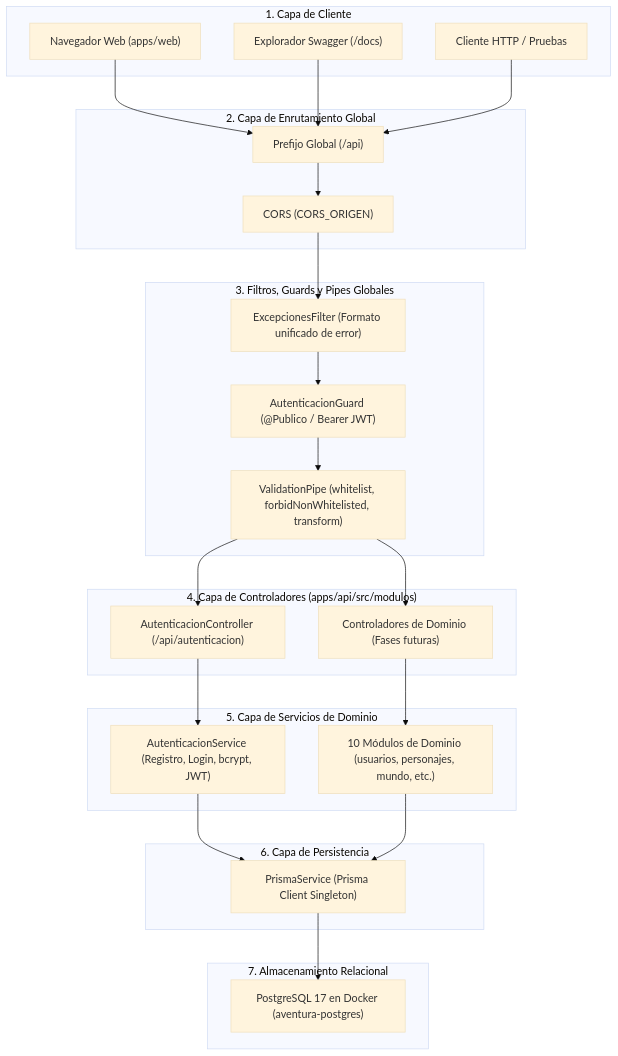
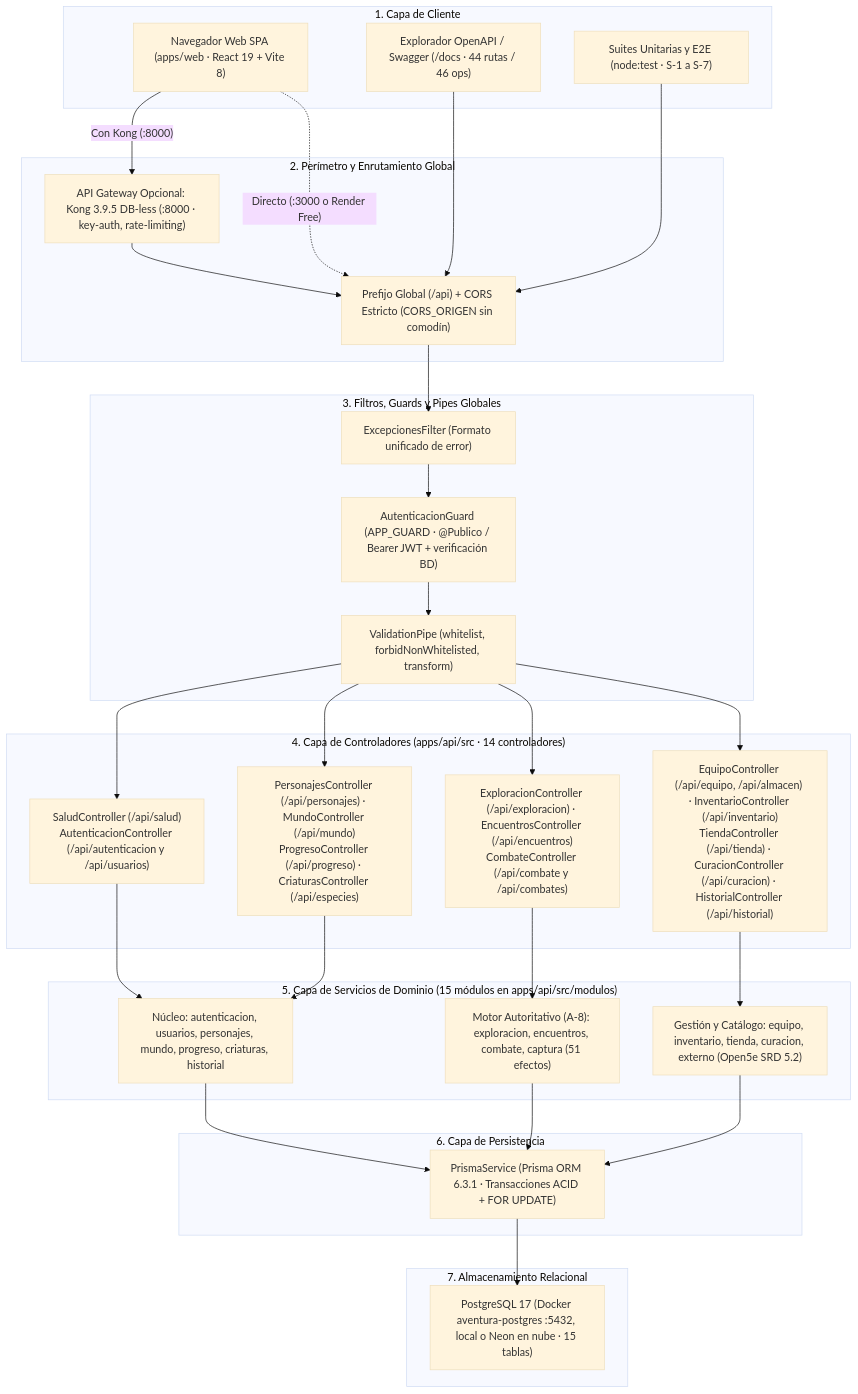
One commit to EduardoVal3/aethelgard changed the diagram in docs/diagramas/arquitectura-capas.mmd. Above: the diagram before and after it, drawn with Mermaid (base theme). The commit also changed 1 other file, not shown here.

Commit message:
documentacion(arquitectura): actualiza diagrama de arquitectura en capas con PNG

```diff
--- a/docs/diagramas/arquitectura-capas.mmd
+++ b/docs/diagramas/arquitectura-capas.mmd
@@ -1,55 +1,64 @@
 flowchart TD
     subgraph Cliente["1. Capa de Cliente"]
-        Navegador["Navegador Web (apps/web)"]
-        Swagger["Explorador Swagger (/docs)"]
-        Curl["Cliente HTTP / Pruebas"]
+        Navegador["Navegador Web SPA (apps/web · React 19 + Vite 8)"]
+        Swagger["Explorador OpenAPI / Swagger (/docs · 44 rutas / 46 ops)"]
+        Pruebas["Suites Unitarias y E2E (node:test · S-1 a S-7)"]
     end
 
-    subgraph Enrutamiento["2. Capa de Enrutamiento Global"]
-        Prefijo["Prefijo Global (/api)"]
-        CORS["CORS (CORS_ORIGEN)"]
+    subgraph Enrutamiento["2. Perímetro y Enrutamiento Global"]
+        Gateway["API Gateway Opcional: Kong 3.9.5 DB-less (:8000 · key-auth, rate-limiting)"]
+        Prefijo["Prefijo Global (/api) + CORS Estricto (CORS_ORIGEN sin comodín)"]
     end
 
     subgraph MiddlewareGlobal["3. Filtros, Guards y Pipes Globales"]
         Filtro["ExcepcionesFilter (Formato unificado de error)"]
-        Guard["AutenticacionGuard (@Publico / Bearer JWT)"]
+        Guard["AutenticacionGuard (APP_GUARD · @Publico / Bearer JWT + verificación BD)"]
         Pipe["ValidationPipe (whitelist, forbidNonWhitelisted, transform)"]
     end
 
-    subgraph Controladores["4. Capa de Controladores (apps/api/src/modulos)"]
-        CtrlAuth["AutenticacionController (/api/autenticacion)"]
-        CtrlDominios["Controladores de Dominio (Fases futuras)"]
+    subgraph Controladores["4. Capa de Controladores (apps/api/src · 14 controladores)"]
+        CtrlSaludAuth["SaludController (/api/salud)<br/>AutenticacionController (/api/autenticacion y /api/usuarios)"]
+        CtrlMundo["PersonajesController (/api/personajes) · MundoController (/api/mundo)<br/>ProgresoController (/api/progreso) · CriaturasController (/api/especies)"]
+        CtrlCombate["ExploracionController (/api/exploracion) · EncuentrosController (/api/encuentros)<br/>CombateController (/api/combate y /api/combates)"]
+        CtrlGestion["EquipoController (/api/equipo, /api/almacen) · InventarioController (/api/inventario)<br/>TiendaController (/api/tienda) · CuracionController (/api/curacion) · HistorialController (/api/historial)"]
     end
 
-    subgraph Servicios["5. Capa de Servicios de Dominio"]
-        SrvAuth["AutenticacionService (Registro, Login, bcrypt, JWT)"]
-        SrvDominios["10 Módulos de Dominio (usuarios, personajes, mundo, etc.)"]
+    subgraph Servicios["5. Capa de Servicios de Dominio (15 módulos en apps/api/src/modulos)"]
+        SrvCore["Núcleo: autenticacion, usuarios, personajes, mundo, progreso, criaturas, historial"]
+        SrvMotor["Motor Autoritativo (A-8): exploracion, encuentros, combate, captura (51 efectos)"]
+        SrvSoporte["Gestión y Catálogo: equipo, inventario, tienda, curacion, externo (Open5e SRD 5.2)"]
     end
 
     subgraph Persistencia["6. Capa de Persistencia"]
-        Prisma["PrismaService (Prisma Client Singleton)"]
+        Prisma["PrismaService (Prisma ORM 6.3.1 · Transacciones ACID + FOR UPDATE)"]
     end
 
     subgraph BaseDatos["7. Almacenamiento Relacional"]
-        Postgres["PostgreSQL 17 en Docker (aventura-postgres)"]
+        Postgres["PostgreSQL 17 (Docker aventura-postgres :5432, local o Neon en nube · 15 tablas)"]
     end
 
-    Navegador --> Prefijo
+    Navegador -->|"Con Kong (:8000)"| Gateway
+    Navegador -.->|"Directo (:3000 o Render Free)"| Prefijo
     Swagger --> Prefijo
-    Curl --> Prefijo
+    Pruebas --> Prefijo
+    Gateway --> Prefijo
 
-    Prefijo --> CORS
-    CORS --> Filtro
+    Prefijo --> Filtro
     Filtro --> Guard
     Guard --> Pipe
 
-    Pipe --> CtrlAuth
-    Pipe --> CtrlDominios
+    Pipe --> CtrlSaludAuth
+    Pipe --> CtrlMundo
+    Pipe --> CtrlCombate
+    Pipe --> CtrlGestion
 
-    CtrlAuth --> SrvAuth
-    CtrlDominios --> SrvDominios
+    CtrlSaludAuth --> SrvCore
+    CtrlMundo --> SrvCore
+    CtrlCombate --> SrvMotor
+    CtrlGestion --> SrvSoporte
 
-    SrvAuth --> Prisma
-    SrvDominios --> Prisma
+    SrvCore --> Prisma
+    SrvMotor --> Prisma
+    SrvSoporte --> Prisma
 
     Prisma --> Postgres
```
